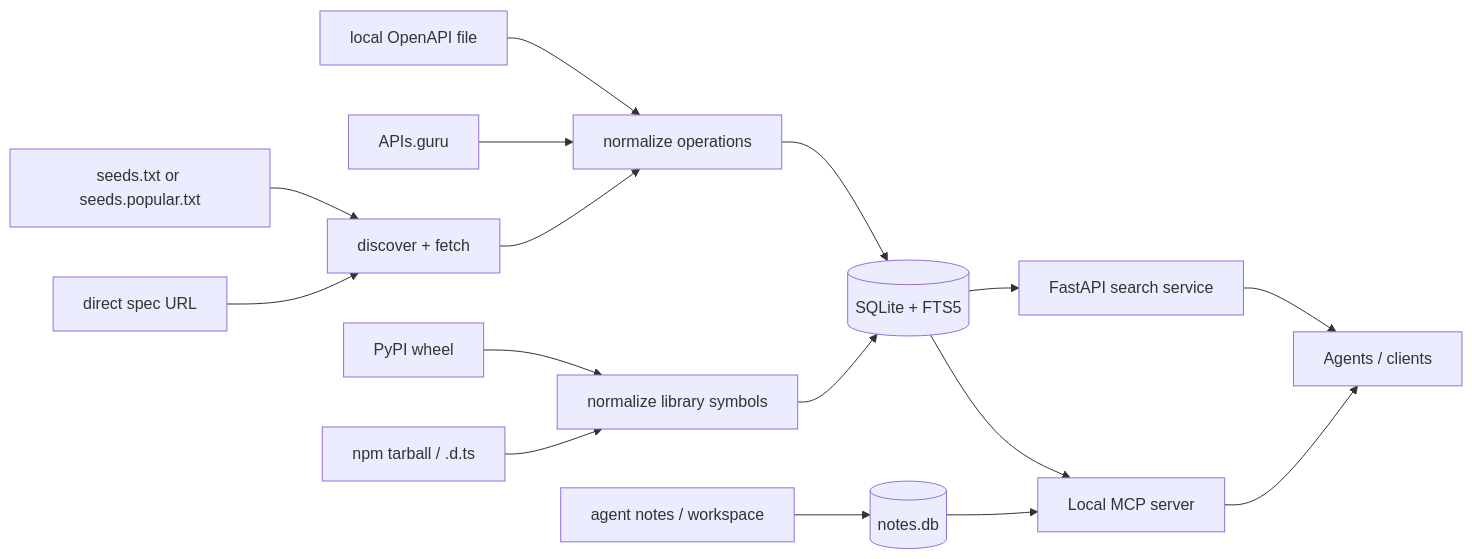
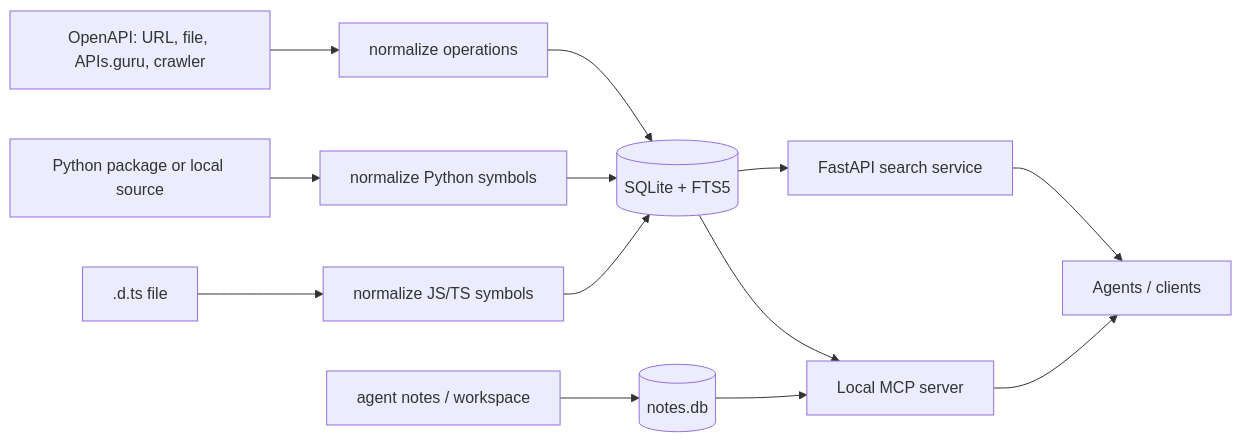
One commit to Joshwani/mneme changed the diagram in README.md. Above: the diagram before and after it, drawn with Mermaid. The commit also changed other lines of this file and 4 other files, not shown here.

Commit message:
feat: add MCP tool to index OpenAPI specs by URL

````diff
--- a/README.md
+++ b/README.md
@@ -48,18 +101,15 @@
 ```mermaid
 flowchart LR
-  seeds[seeds.txt or seeds.popular.txt] --> crawler
-  url[direct spec URL] --> crawler
-  file[local OpenAPI file] --> normalize
-  guru[APIs.guru] --> normalize
-  pypi[PyPI wheel] --> symbols
-  npmtarball[npm tarball / .d.ts] --> symbols
-  crawler[discover + fetch] --> normalize
-  normalize[normalize operations] --> sqlite[(SQLite + FTS5)]
-  symbols[normalize library symbols] --> sqlite
+  oas[OpenAPI: URL, file, APIs.guru, crawler] --> normalize_oas
+  pkg[Python package or local source]         --> normalize_py
+  dts[.d.ts file]                              --> normalize_ts
+  normalize_oas[normalize operations]   --> sqlite[(SQLite + FTS5)]
+  normalize_py[normalize Python symbols] --> sqlite
+  normalize_ts[normalize JS/TS symbols]  --> sqlite
   notes[agent notes / workspace] --> notesdb[(notes.db)]
-  sqlite --> httpapi[FastAPI search service]
-  sqlite --> mcp[Local MCP server]
+  sqlite  --> httpapi[FastAPI search service]
+  sqlite  --> mcp[Local MCP server]
   notesdb --> mcp
   httpapi --> agent[Agents / clients]
-  mcp --> agent
+  mcp     --> agent
 ```
````
